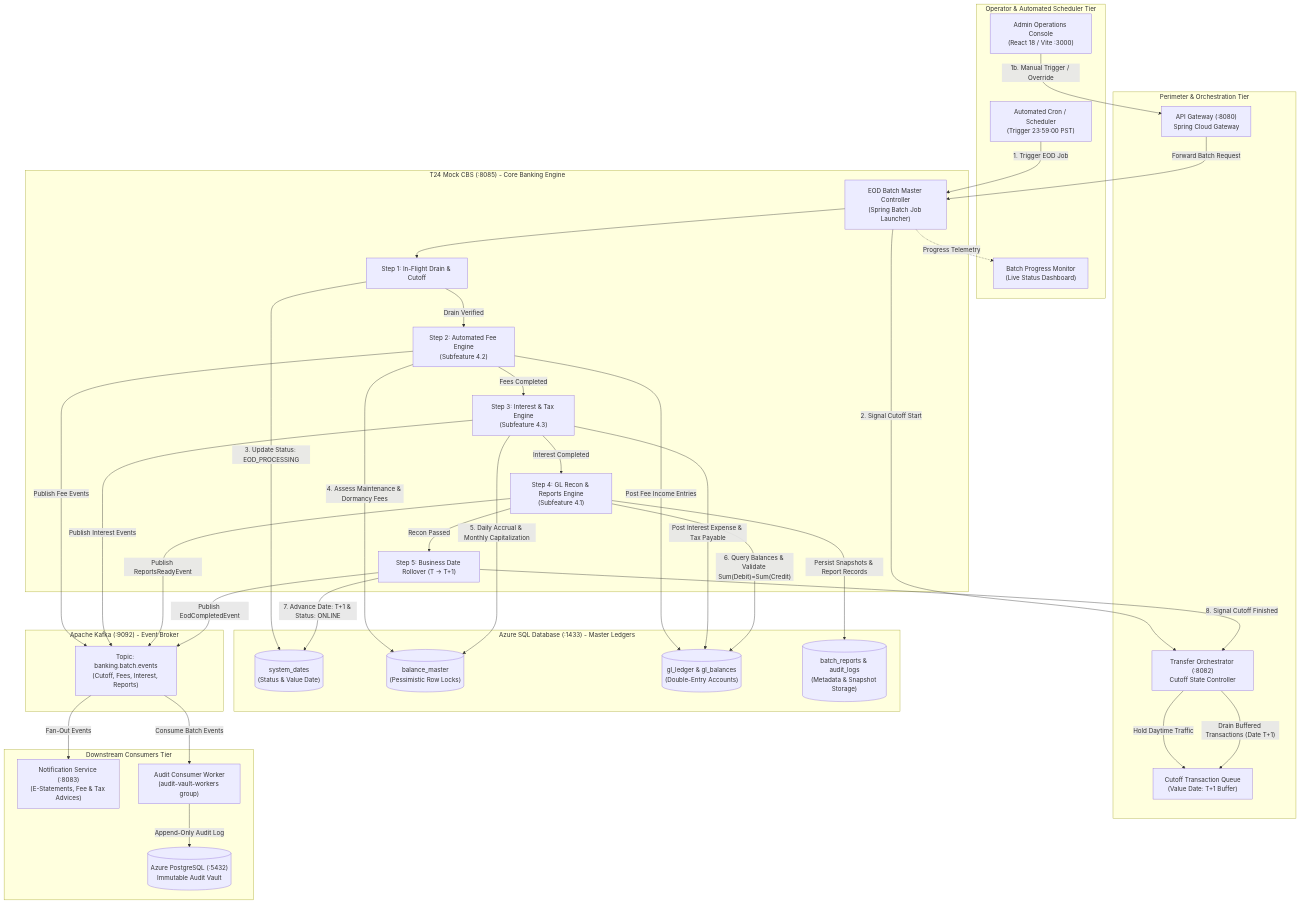
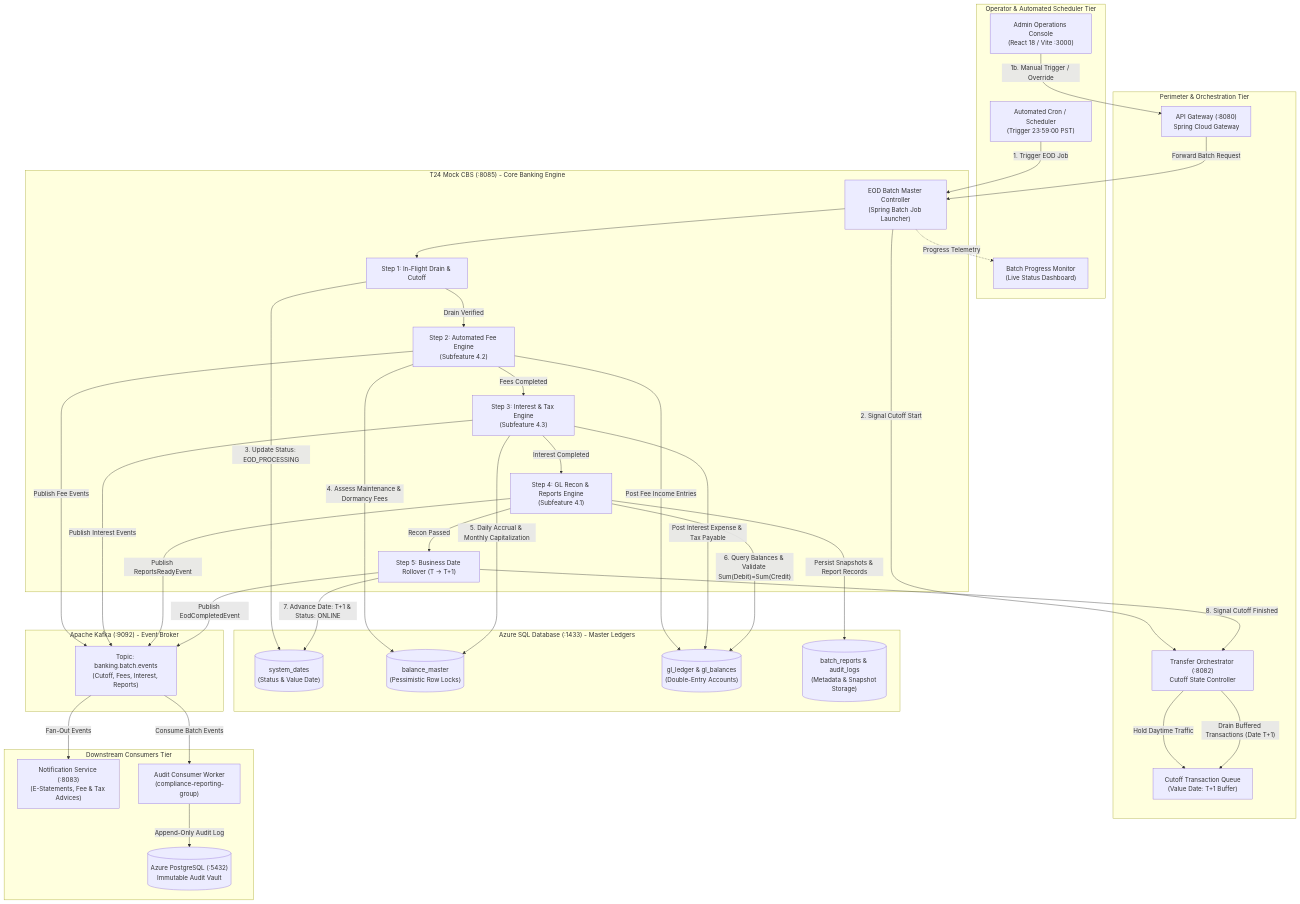
One commit to romzelmadidev/group3_fse_capstone changed the first of 2 diagrams in docs/architecture/EOD_BATCH_PROCESSING_ARCHITECTURE.md. Above: the diagram before and after it, drawn with Mermaid. The commit also changed other lines of this file and 8 other files, not shown here.

````diff
--- a/docs/architecture/EOD_BATCH_PROCESSING_ARCHITECTURE.md
+++ b/docs/architecture/EOD_BATCH_PROCESSING_ARCHITECTURE.md
@@ -85,7 +85,7 @@
     %% ==========================================
     subgraph Lane_Downstream["Downstream Consumers Tier"]
         NotifService["Notification Service (:8083)<br/>(E-Statements, Fee & Tax Advices)"]
-        AuditWorker["Audit Consumer Worker<br/>(audit-vault-workers group)"]
+        ComplianceSvc["Audit Consumer Worker<br/>(compliance-reporting-group)"]
         PostgresAudit[("Azure PostgreSQL (:5432)<br/>Immutable Audit Vault")]
     end
 
@@ -124,6 +124,6 @@
     EodMaster -.->|"Progress Telemetry"| BatchMonitor
 
     KafkaBatch -->|"Fan-Out Events"| NotifService
-    KafkaBatch -->|"Consume Batch Events"| AuditWorker
-    AuditWorker -->|"Append-Only Audit Log"| PostgresAudit
+    KafkaBatch -->|"Consume Batch Events"| ComplianceSvc
+    ComplianceSvc -->|"Append-Only Audit Log"| PostgresAudit
 ```
````
